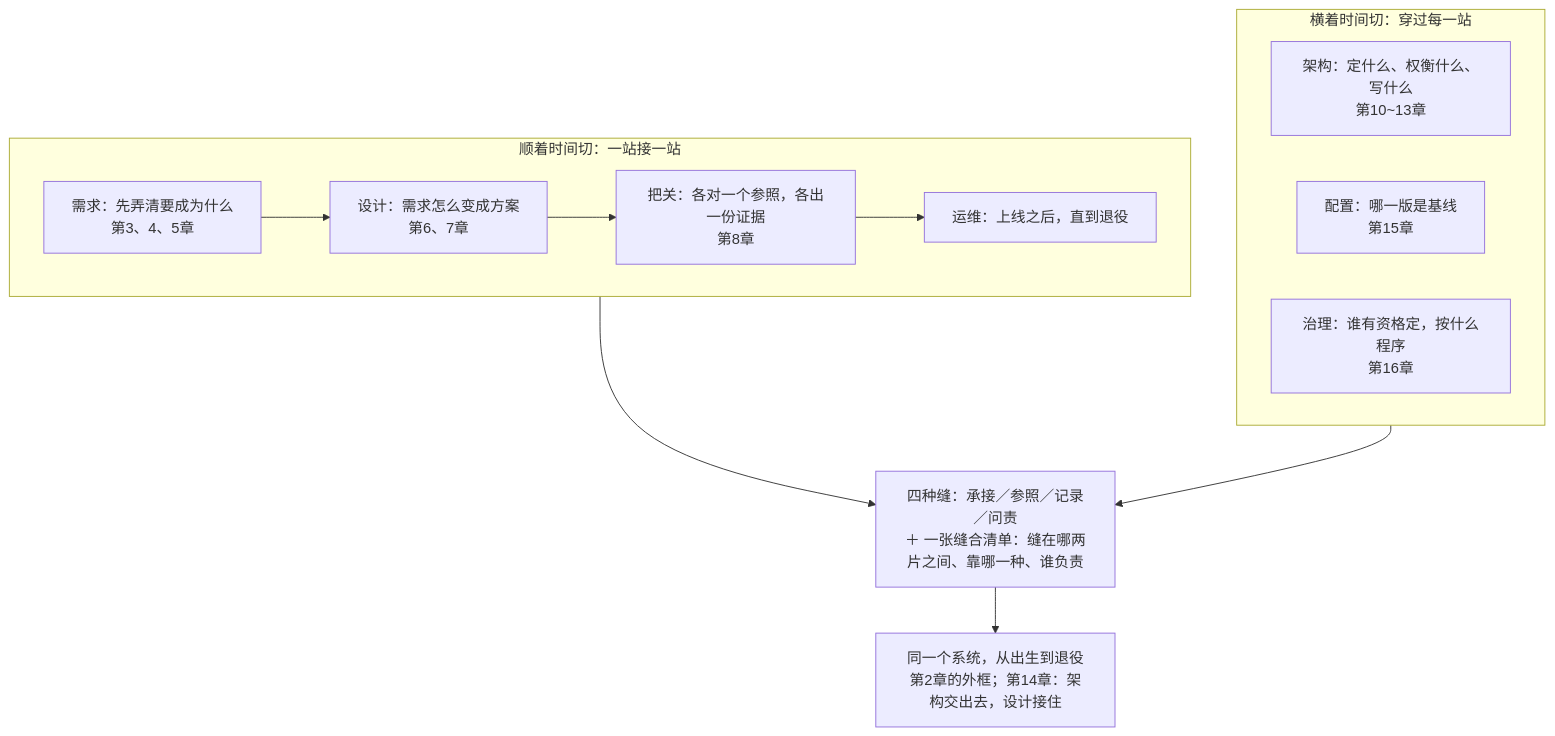
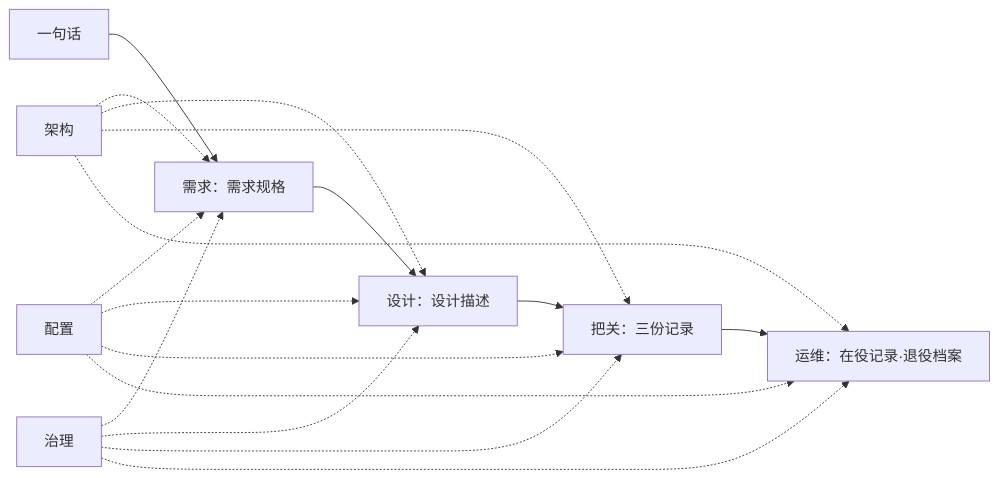
Before and after one commit to Yongjunzhou/business-Engineering: the diagram in 10-系统工程研究/03-架构师是个怎样的物种/17-第17章-一路贯通-从需求到上线运行.md, drawn with Mermaid. The commit also changed other lines of this file and 15 other files, not shown here.

````diff
--- a/10-系统工程研究/03-架构师是个怎样的物种/17-第17章-一路贯通-从需求到上线运行.md
+++ b/10-系统工程研究/03-架构师是个怎样的物种/17-第17章-一路贯通-从需求到上线运行.md
@@ -575,17 +419,16 @@
 ```mermaid
-flowchart TB
-  subgraph SEQ["顺着时间切：一站接一站"]
-    direction LR
-    Q["需求：先弄清要成为什么<br/>第3、4、5章"] --> D["设计：需求怎么变成方案<br/>第6、7章"] --> V["把关：各对一个参照，各出一份证据<br/>第8章"] --> O["运维：上线之后，直到退役"]
-  end
-  subgraph CROSS["横着时间切：穿过每一站"]
-    direction LR
-    AR["架构：定什么、权衡什么、写什么<br/>第10~13章"]
-    CF["配置：哪一版是基线<br/>第15章"]
-    GV["治理：谁有资格定，按什么程序<br/>第16章"]
-  end
-  SEQ --> SEAMS
-  CROSS --> SEAMS
-  SEAMS["四种缝：承接／参照／记录／问责<br/>＋ 一张缝合清单：缝在哪两片之间、靠哪一种、谁负责"]
-  SEAMS --> WHOLE["同一个系统，从出生到退役<br/>第2章的外框；第14章：架构交出去，设计接住"]
+flowchart LR
+  W["一句话"] --> Q["需求：需求规格"] --> D["设计：设计描述"] --> V["把关：三份记录"] --> O["运维：在役记录·退役档案"]
+  AR["架构"] -.-> Q
+  AR -.-> D
+  AR -.-> V
+  AR -.-> O
+  CF["配置"] -.-> Q
+  CF -.-> D
+  CF -.-> V
+  CF -.-> O
+  GV["治理"] -.-> Q
+  GV -.-> D
+  GV -.-> V
+  GV -.-> O
 ```
````
